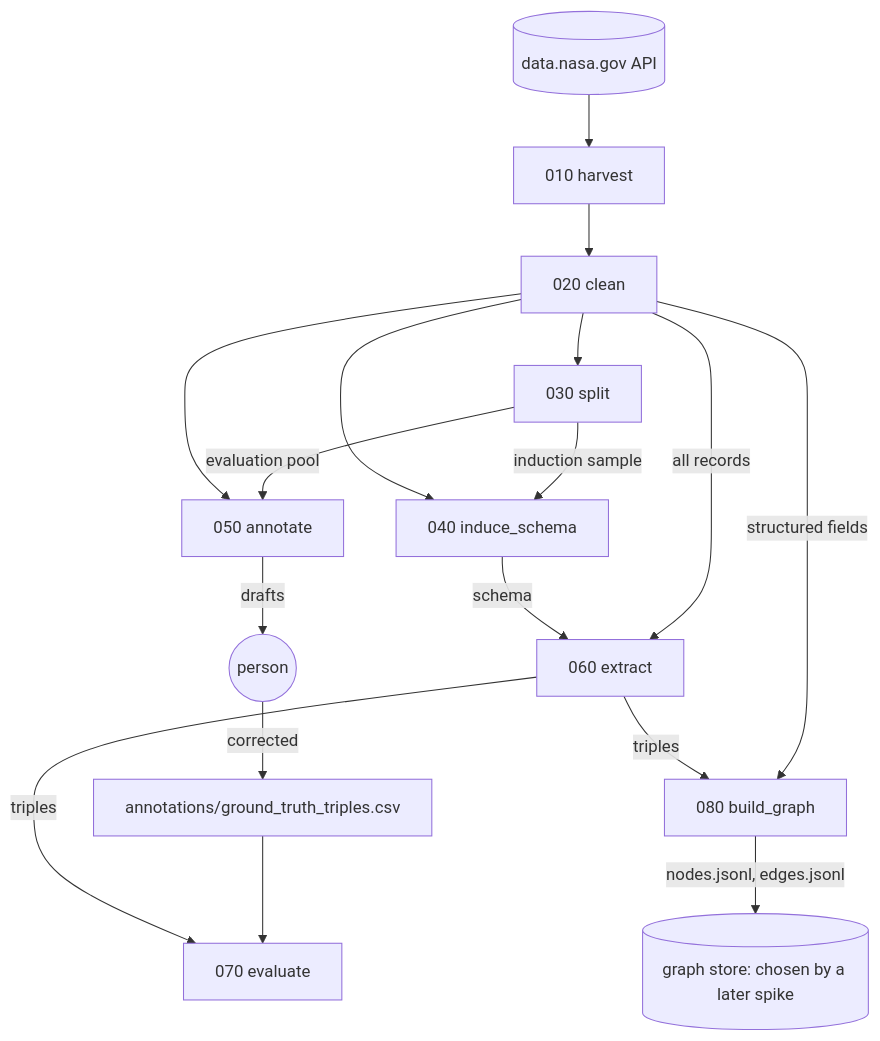
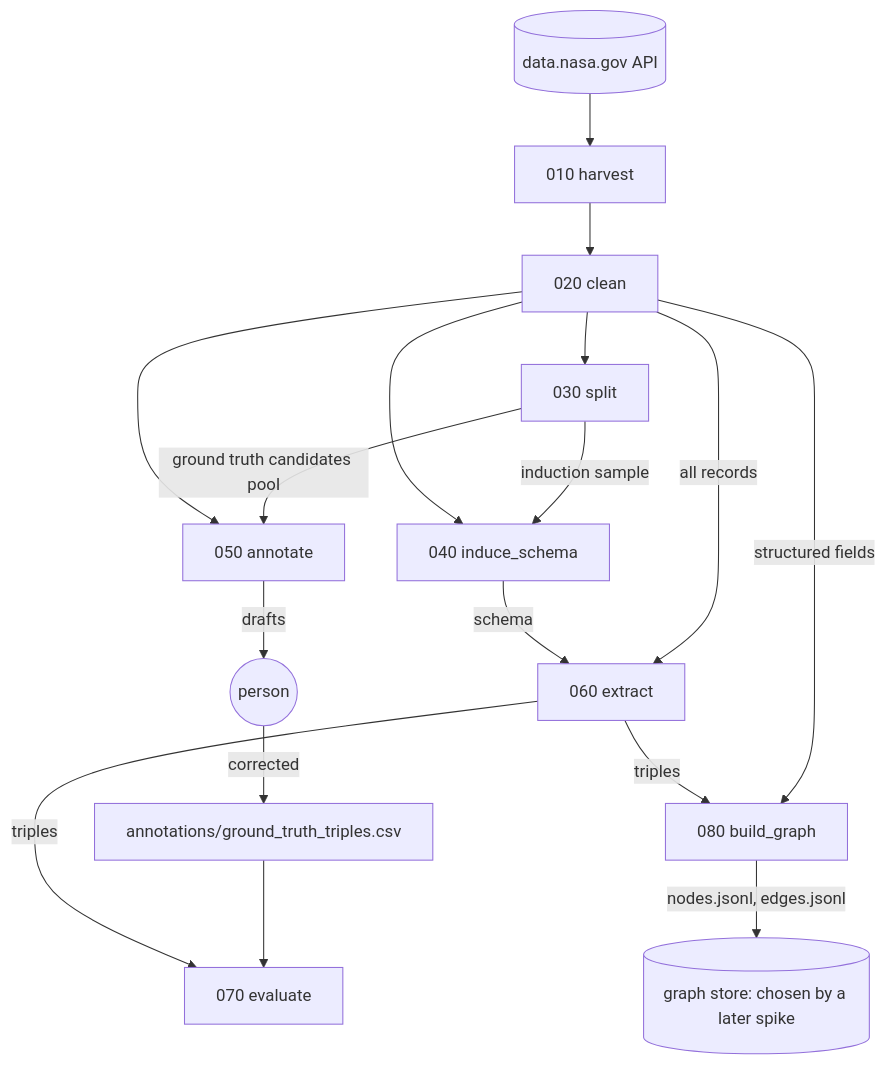
The diagram in docs/pipeline_implementation_prompt.md (iulia-iordanescu/datanasagov_KG_proj), drawn with Mermaid before and after one commit. The commit also changed other lines of this file and 26 other files, not shown here.

````diff
--- a/docs/pipeline_implementation_prompt.md
+++ b/docs/pipeline_implementation_prompt.md
@@ -61,18 +63,18 @@
 ```mermaid
 flowchart TD
     API[(data.nasa.gov API)] --> H[010 harvest]
     H --> C[020 clean]
     C --> S[030 split]
     S -->|induction sample| I[040 induce_schema]
-    S -->|evaluation pool| A[050 annotate]
+    S -->|ground truth candidates pool| A[050 annotate]
     C -->|all records| E[060 extract]
     C --> I & A
     I -->|schema| E
     A -->|drafts| P((person))
     P -->|corrected| GT[annotations/ground_truth_triples.csv]
     GT --> V[070 evaluate]
     E -->|triples| V
     C -->|structured fields| G[080 build_graph]
     E -->|triples| G
     G -->|nodes.jsonl, edges.jsonl| DB[(graph store: chosen by a later spike)]
 ```
````
